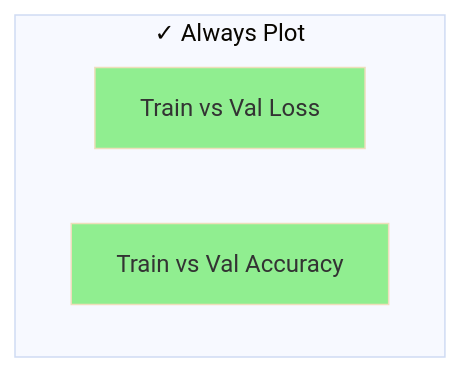
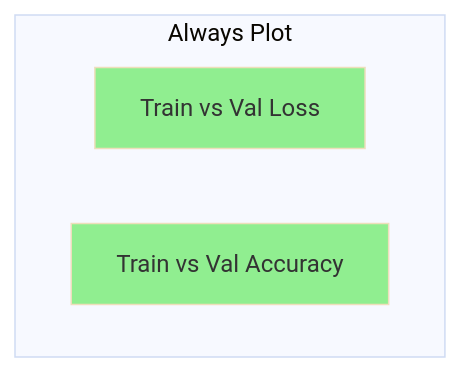
Diagram 21 of 28 in AI/Non Academic/Machine Learning/02. Foundations of Machine Learning.md (Vtheonly/Obsidian_Notes), drawn with Mermaid (base theme) before and after one commit. The commit also changed other lines of this file and 148 other files, not shown here.

````diff
--- a/AI/Non Academic/Machine Learning/02. Foundations of Machine Learning.md
+++ b/AI/Non Academic/Machine Learning/02. Foundations of Machine Learning.md
@@ -664,10 +664,10 @@
 ```mermaid
 flowchart TB
-    subgraph Always["✓ Always Plot"]
+    subgraph Always[" Always Plot"]
         A1["Train vs Val Loss"]
         A2["Train vs Val Accuracy"]
     end
     
     style A1 fill:#90EE90
     style A2 fill:#90EE90
 ```
````
